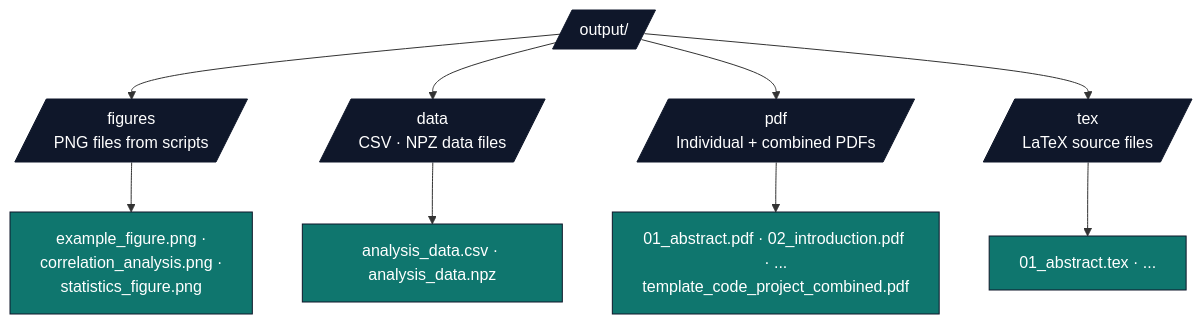
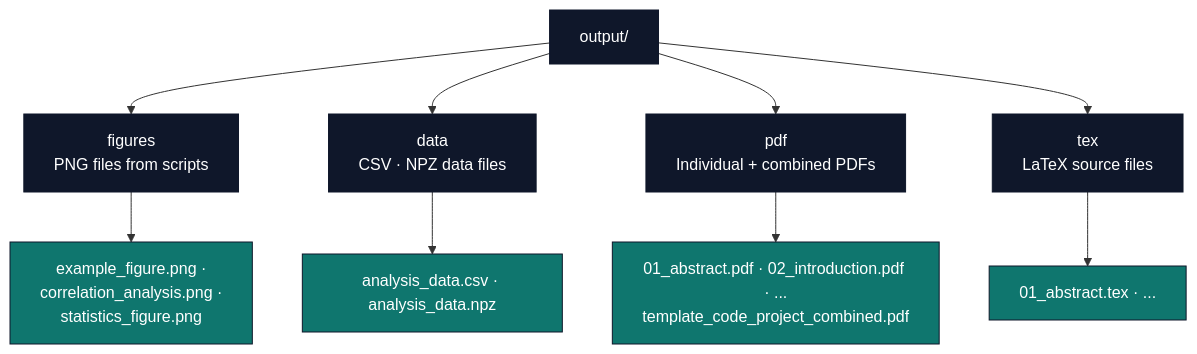
The second of 2 diagrams in docs/guides/figures-and-analysis.md (docxology/template), drawn with Mermaid before and after one commit. The commit also changed 94 other files, not shown here.

````diff
--- a/docs/guides/figures-and-analysis.md
+++ b/docs/guides/figures-and-analysis.md
@@ -526,18 +526,18 @@
 ```mermaid
 flowchart TB
-    OUT[/output//]
-    OUT --> FIG[/figures<br/>PNG files from scripts/]
-    OUT --> DATA[/data<br/>CSV · NPZ data files/]
-    OUT --> PDF[/pdf<br/>Individual + combined PDFs/]
-    OUT --> TEX[/tex<br/>LaTeX source files/]
+    OUT[output/]
+    OUT --> FIG[figures<br/>PNG files from scripts]
+    OUT --> DATA[data<br/>CSV · NPZ data files]
+    OUT --> PDF[pdf<br/>Individual + combined PDFs]
+    OUT --> TEX[tex<br/>LaTeX source files]
 
     FIG --> FIG_F[example_figure.png ·<br/>correlation_analysis.png ·<br/>statistics_figure.png]
     DATA --> DATA_F[analysis_data.csv · analysis_data.npz]
     PDF --> PDF_F[01_abstract.pdf · 02_introduction.pdf · ...<br/>template_code_project_combined.pdf]
     TEX --> TEX_F[01_abstract.tex · ...]
 
     classDef d fill:#0f172a,stroke:#0f172a,color:#fff
     classDef f fill:#0f766e,stroke:#0f172a,color:#fff
     class OUT,FIG,DATA,PDF,TEX d
     class FIG_F,DATA_F,PDF_F,TEX_F f
 ```
````
